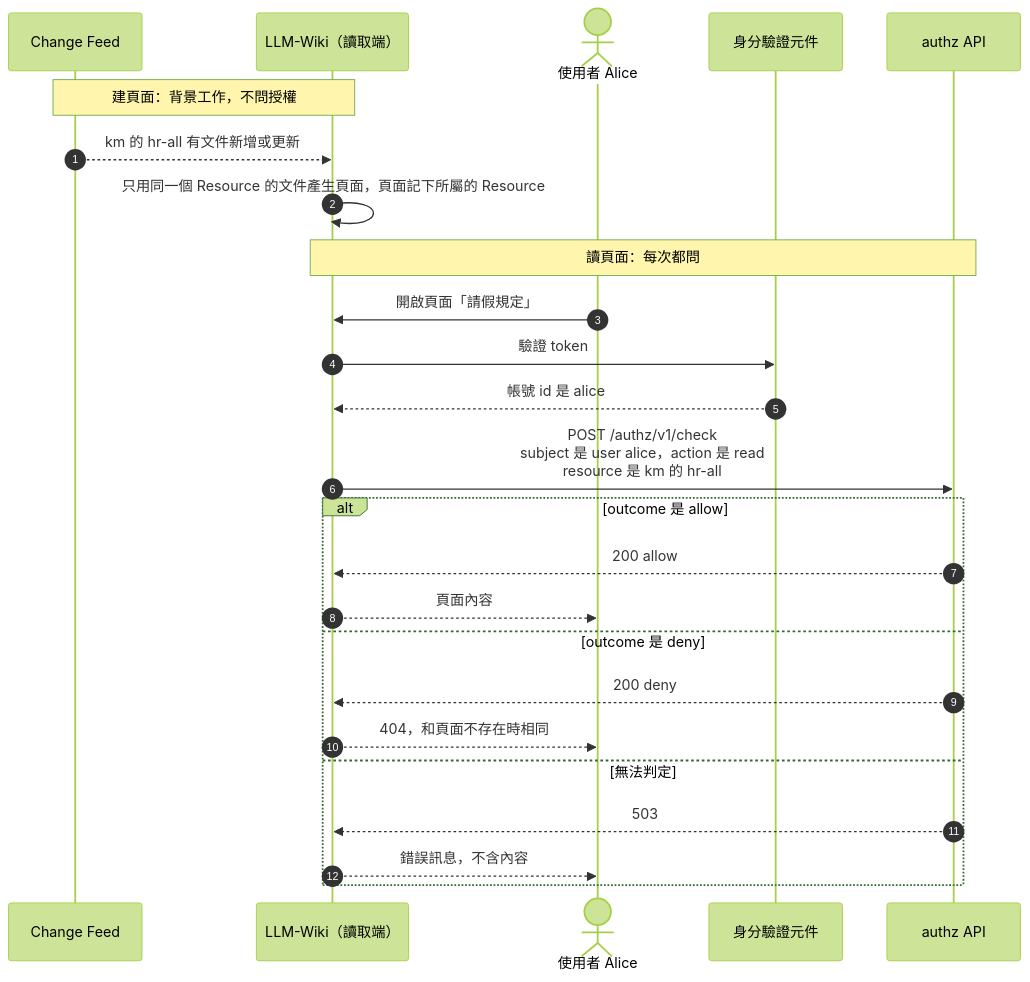
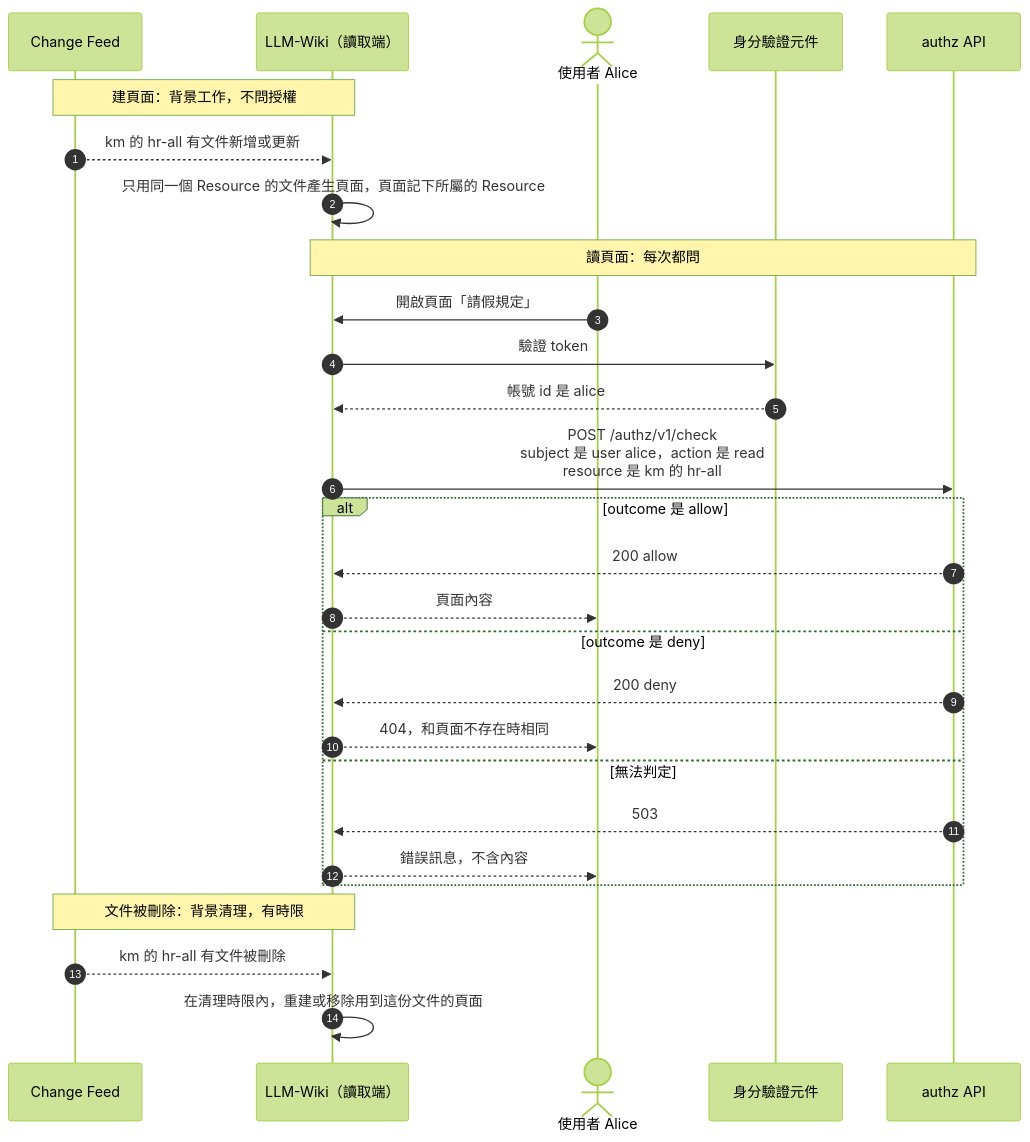
One commit to davidlinnnn/data-ingestion changed the fourth of 6 diagrams in docs/design/knowledge-platform-authorization-guide.md. Above: the diagram before and after it, drawn with Mermaid (forest theme). The commit also changed other lines of this file and 4 other files, not shown here.

````diff
--- a/docs/design/knowledge-platform-authorization-guide.md
+++ b/docs/design/knowledge-platform-authorization-guide.md
@@ -252,27 +285,30 @@
 ```mermaid
 sequenceDiagram
   autonumber
   participant F as Change Feed
   participant W as LLM-Wiki（讀取端）
   actor U as 使用者 Alice
   participant I as 身分驗證元件
   participant Z as authz API
   Note over F,W: 建頁面：背景工作，不問授權
   F-->>W: km 的 hr-all 有文件新增或更新
   W->>W: 只用同一個 Resource 的文件產生頁面，頁面記下所屬的 Resource
   Note over W,Z: 讀頁面：每次都問
   U->>W: 開啟頁面「請假規定」
   W->>I: 驗證 token
   I-->>W: 帳號 id 是 alice
   W->>Z: POST /authz/v1/check<br/>subject 是 user alice，action 是 read<br/>resource 是 km 的 hr-all
   alt outcome 是 allow
     Z-->>W: 200 allow
     W-->>U: 頁面內容
   else outcome 是 deny
     Z-->>W: 200 deny
     W-->>U: 404，和頁面不存在時相同
   else 無法判定
     Z-->>W: 503
     W-->>U: 錯誤訊息，不含內容
   end
+  Note over F,W: 文件被刪除：背景清理，有時限
+  F-->>W: km 的 hr-all 有文件被刪除
+  W->>W: 在清理時限內，重建或移除用到這份文件的頁面
 ```
````
